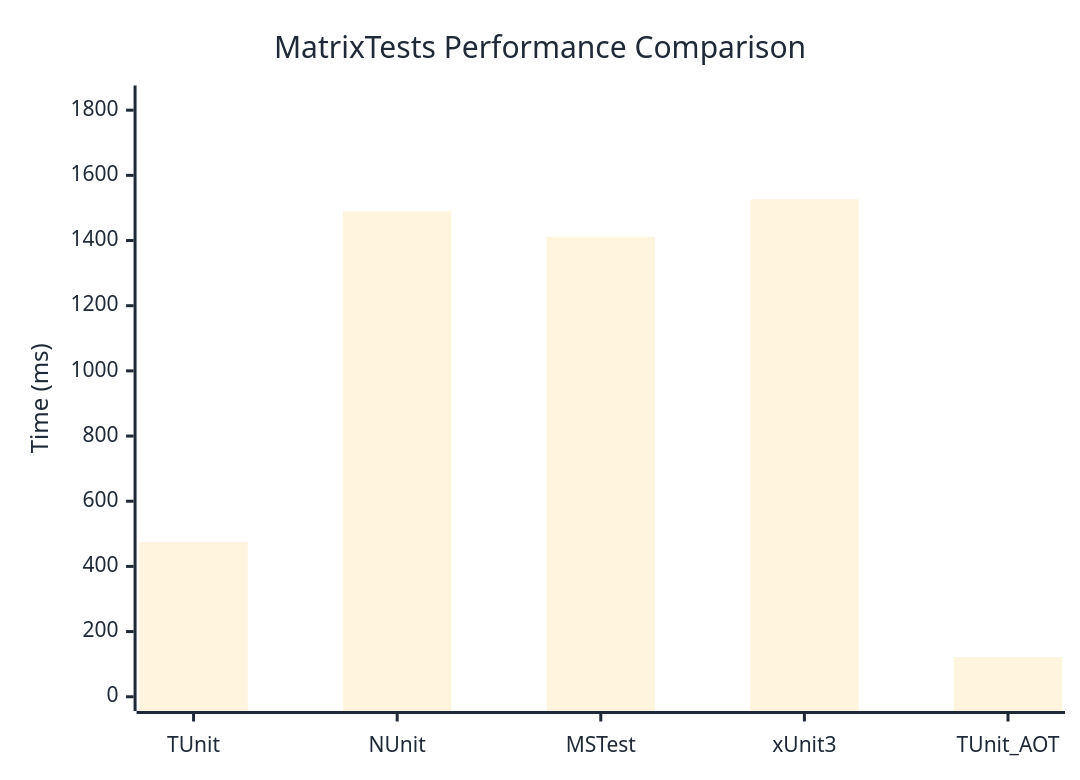
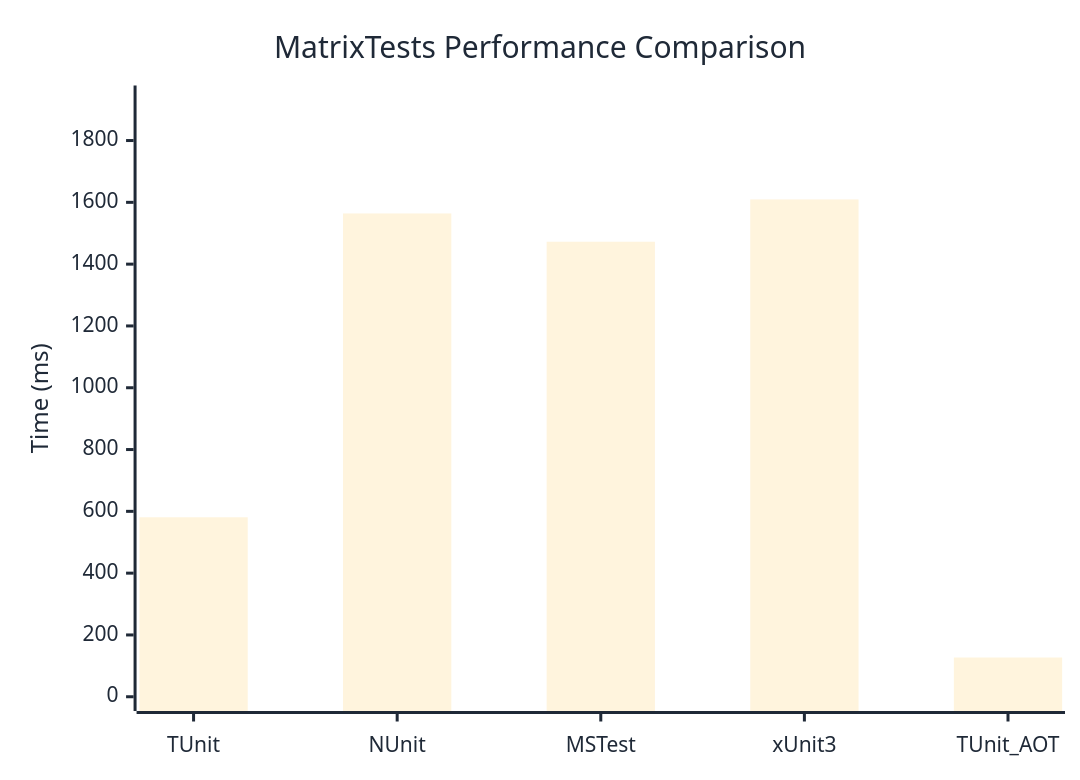
Before and after one commit to thomhurst/TUnit: the diagram in docs/docs/benchmarks/MatrixTests.md, drawn with Mermaid. The commit also changed other lines of this file and 17 other files, not shown here.

````diff
--- a/docs/docs/benchmarks/MatrixTests.md
+++ b/docs/docs/benchmarks/MatrixTests.md
@@ -27,37 +27,37 @@
 ```mermaid
 %%{init: {
   'theme':'base',
   'themeVariables': {
     'primaryColor': '#2563eb',
     'primaryTextColor': '#1f2937',
     'primaryBorderColor': '#1e40af',
     'lineColor': '#6b7280',
     'secondaryColor': '#7c3aed',
     'tertiaryColor': '#dc2626',
     'background': '#ffffff',
     'mainBkg': '#2563eb',
     'secondBkg': '#7c3aed',
     'tertiaryBkg': '#dc2626',
     'clusterBkg': '#f3f4f6',
     'edgeLabelBackground': '#ffffff',
     'tertiaryTextColor': '#1f2937',
     'pie1': '#2563eb',
     'pie2': '#7c3aed',
     'pie3': '#dc2626',
     'pie4': '#f59e0b',
     'pie5': '#10b981',
     'pie6': '#06b6d4',
     'pie7': '#ec4899',
     'pie8': '#6366f1',
     'pie9': '#84cc16',
     'pie10': '#f97316',
     'pie11': '#14b8a6',
     'pie12': '#a855f7'
   }
 }}%%
 xychart-beta
   title "MatrixTests Performance Comparison"
   x-axis ["TUnit", "NUnit", "MSTest", "xUnit3", "TUnit_AOT"]
-  y-axis "Time (ms)" 0 --> 1832
-  bar [474.4, 1489.9, 1411.2, 1526.4, 121.7]
+  y-axis "Time (ms)" 0 --> 1932
+  bar [580.8, 1564.1, 1472.5, 1609.5, 127]
 ```
````
